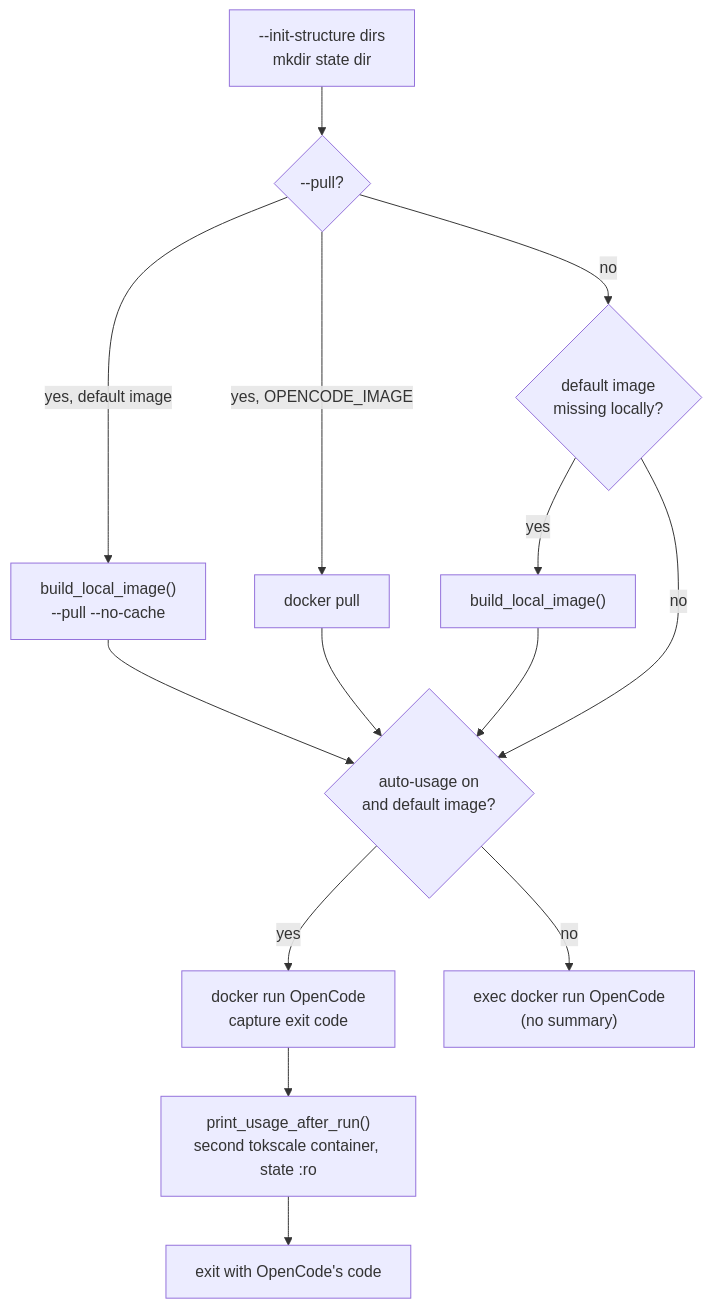
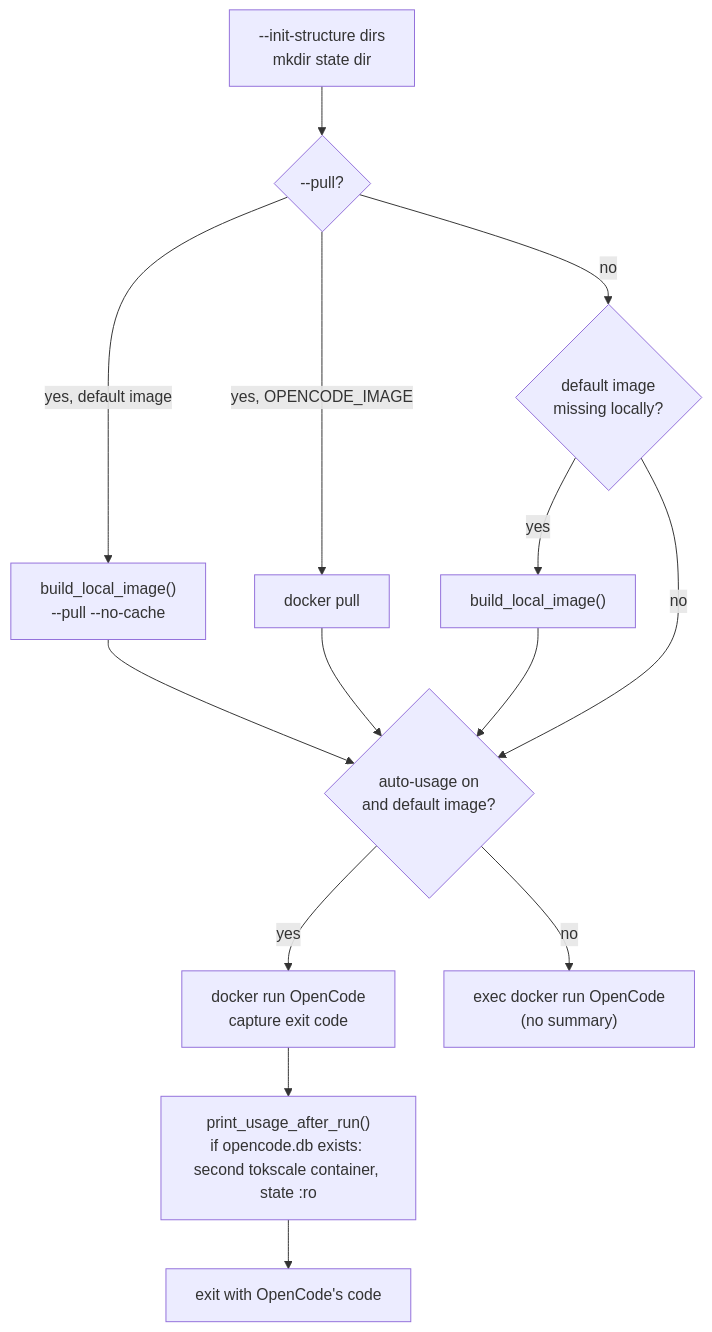
The second of 3 diagrams in docs/architecture.md (LanNguyenSi/opencode-sandbox), drawn with Mermaid before and after one commit. The commit also changed other lines of this file and 1 other file, not shown here.

First line of the commit message:
docs: tighten slug, compose build and startup flow descriptions

````diff
--- a/docs/architecture.md
+++ b/docs/architecture.md
@@ -24,16 +26,16 @@
 ```mermaid
 flowchart TD
     M["--init-structure dirs<br/>mkdir state dir"] --> PL{"--pull?"}
     PL -- "yes, default image" --> F1["build_local_image()<br/>--pull --no-cache"]
     PL -- "yes, OPENCODE_IMAGE" --> F2["docker pull"]
     PL -- no --> E{"default image<br/>missing locally?"}
     E -- yes --> F3["build_local_image()"]
     E -- no --> AU{"auto-usage on<br/>and default image?"}
     F1 --> AU
     F2 --> AU
     F3 --> AU
     AU -- yes --> H["docker run OpenCode<br/>capture exit code"]
-    H --> J["print_usage_after_run()<br/>second tokscale container, state :ro"]
+    H --> J["print_usage_after_run()<br/>if opencode.db exists: second tokscale container, state :ro"]
     J --> R["exit with OpenCode's code"]
     AU -- no --> X["exec docker run OpenCode<br/>(no summary)"]
 ```
````
